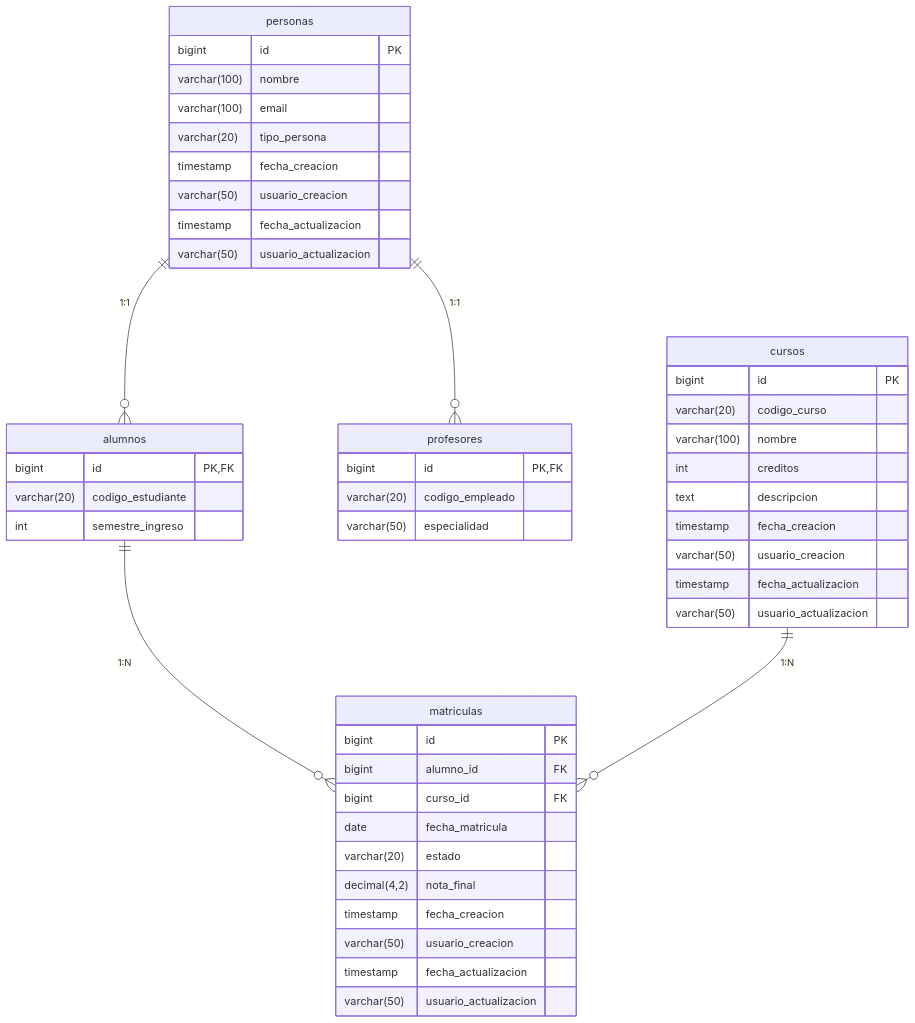
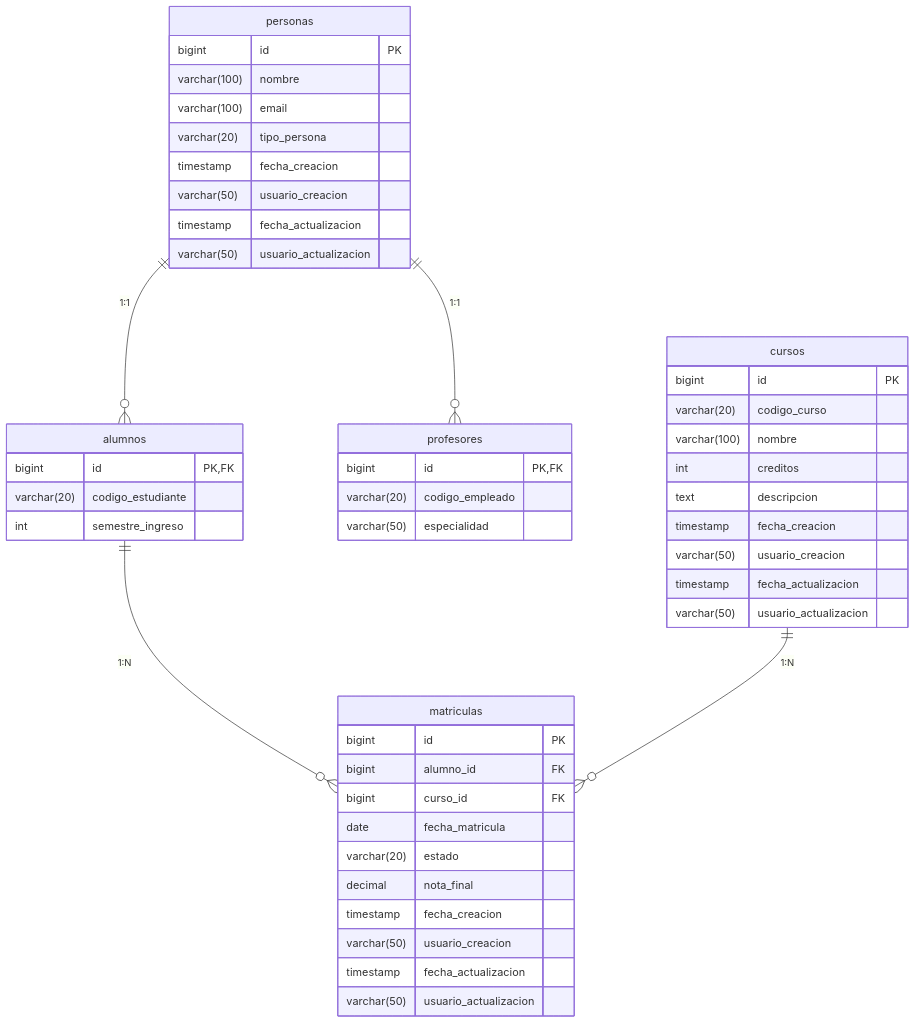
Before and after one commit to felix300org/DWAI_T1_25: the second of 3 diagrams in README.md, drawn with Mermaid.

````diff
--- a/README.md
+++ b/README.md
@@ -89,55 +89,55 @@
 ```mermaid
 erDiagram
     personas ||--o{ alumnos : "1:1"
     personas ||--o{ profesores : "1:1"
     alumnos ||--o{ matriculas : "1:N"
     cursos ||--o{ matriculas : "1:N"
     
     personas {
         bigint id PK
         varchar(100) nombre
         varchar(100) email
         varchar(20) tipo_persona
         timestamp fecha_creacion
         varchar(50) usuario_creacion
         timestamp fecha_actualizacion
         varchar(50) usuario_actualizacion
     }
     
     alumnos {
         bigint id PK,FK
         varchar(20) codigo_estudiante
         int semestre_ingreso
     }
     
     profesores {
         bigint id PK,FK
         varchar(20) codigo_empleado
         varchar(50) especialidad
     }
     
     cursos {
         bigint id PK
         varchar(20) codigo_curso
         varchar(100) nombre
         int creditos
         text descripcion
         timestamp fecha_creacion
         varchar(50) usuario_creacion
         timestamp fecha_actualizacion
         varchar(50) usuario_actualizacion
     }
     
     matriculas {
         bigint id PK
         bigint alumno_id FK
         bigint curso_id FK
         date fecha_matricula
         varchar(20) estado
-        decimal(4,2) nota_final
+        decimal nota_final
         timestamp fecha_creacion
         varchar(50) usuario_creacion
         timestamp fecha_actualizacion
         varchar(50) usuario_actualizacion
     }
 ```
````
